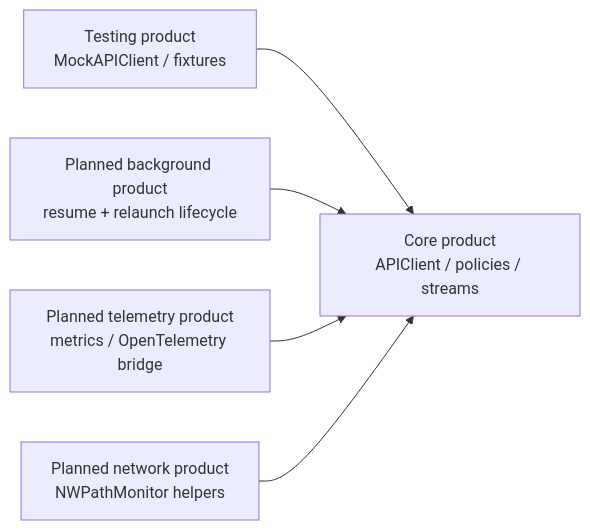
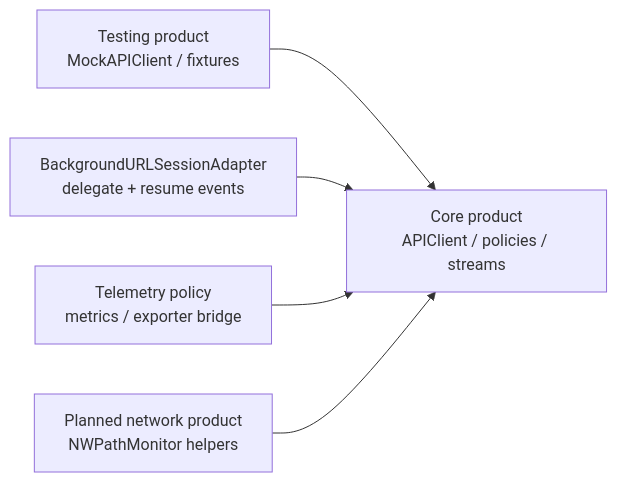
Before and after one commit to MikesHorcrux/AnotherFuckingNetworkingSDK: the second of 3 diagrams in docs/architecture.md, drawn with Mermaid. The commit also changed other lines of this file and 6 other files, not shown here.

Commit message:
Add background URLSession transfer adapter

````diff
--- a/docs/architecture.md
+++ b/docs/architecture.md
@@ -27,12 +27,12 @@
 ```mermaid
 flowchart LR
     Core["Core product\nAPIClient / policies / streams"]
     Test["Testing product\nMockAPIClient / fixtures"]
-    Background["Planned background product\nresume + relaunch lifecycle"]
-    Telemetry["Planned telemetry product\nmetrics / OpenTelemetry bridge"]
+    Background["BackgroundURLSessionAdapter\ndelegate + resume events"]
+    Telemetry["Telemetry policy\nmetrics / exporter bridge"]
     Network["Planned network product\nNWPathMonitor helpers"]
     Test --> Core
     Background --> Core
     Telemetry --> Core
     Network --> Core
 ```
````
